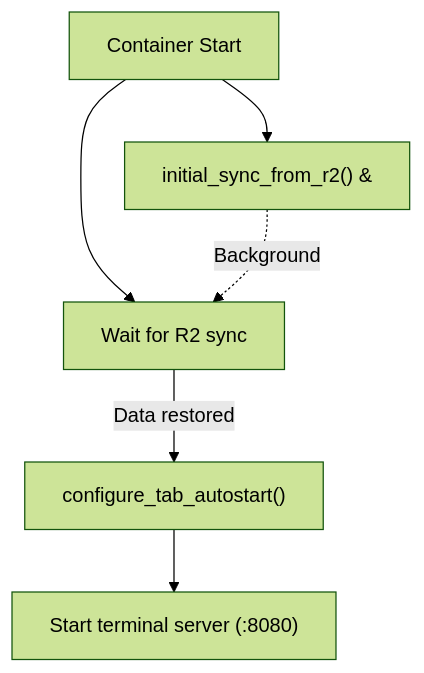
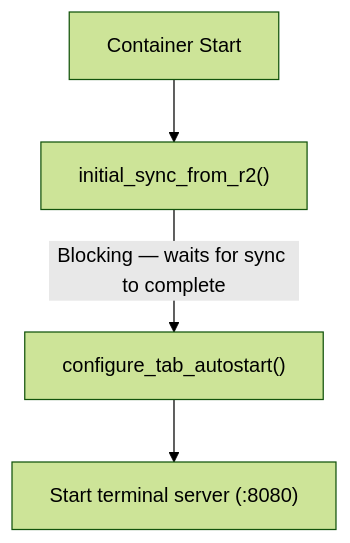
Before and after one commit to nikolanovoselec/codeflare: diagram 12 of 12 in TECHNICAL.md, drawn with Mermaid (forest theme). The commit also changed other lines of this file and 37 other files, not shown here.

````diff
--- a/TECHNICAL.md
+++ b/TECHNICAL.md
@@ -789,8 +789,6 @@
 ```mermaid
 flowchart TD
-    A[Container Start] --> B["initial_sync_from_r2() &"]
-    A --> C[Wait for R2 sync]
-    B -.->|Background| C
-    C -->|Data restored| D["configure_tab_autostart()"]
-    D --> E["Start terminal server (:8080)"]
+    A[Container Start] --> B["initial_sync_from_r2()"]
+    B -->|"Blocking — waits for sync to complete"| C["configure_tab_autostart()"]
+    C --> D["Start terminal server (:8080)"]
 ```
````
